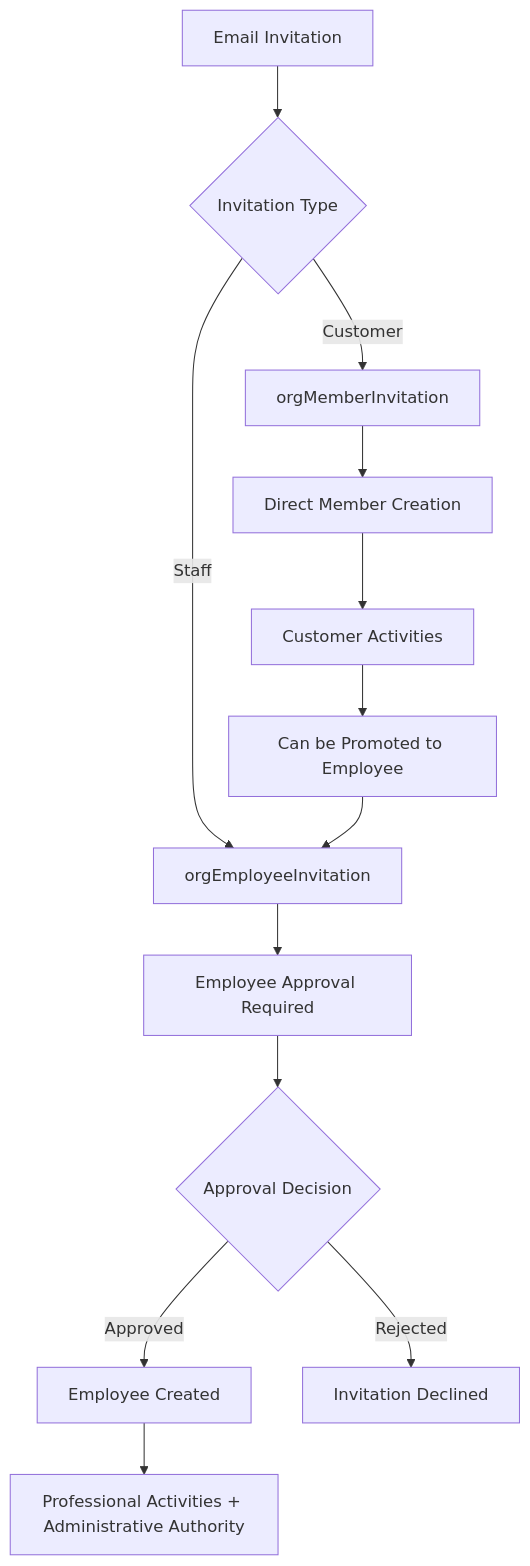
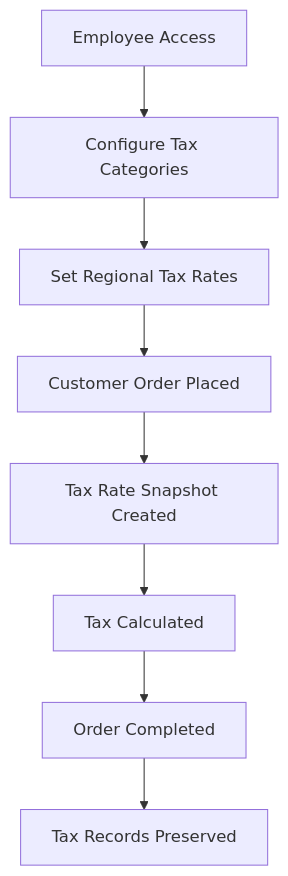
One commit to DreamEcho100/maze changed the fourth of 4 diagrams in apps/volmify-main-server/src/db/schema/README.md. Above: the diagram before and after it, drawn with Mermaid. The commit also changed other lines of this file and 17 other files, not shown here.

````diff
--- a/apps/volmify-main-server/src/db/schema/README.md
+++ b/apps/volmify-main-server/src/db/schema/README.md
@@ -506,15 +793,10 @@
 ```mermaid
 graph TD
-    A[Email Invitation] --> B{Invitation Type}
-    B -->|Customer| C[orgMemberInvitation]
-    B -->|Staff| D[orgEmployeeInvitation]
-    C --> E[Direct Member Creation]
-    E --> F[Customer Activities]
-    D --> G[Employee Approval Required]
-    G --> H{Approval Decision}
-    H -->|Approved| I[Employee Created]
-    H -->|Rejected| J[Invitation Declined]
-    I --> K[Professional Activities + Administrative Authority]
-    F --> L[Can be Promoted to Employee]
-    L --> D
+    A[Employee Access] --> B[Configure Tax Categories]
+    B --> C[Set Regional Tax Rates]
+    C --> D[Customer Order Placed]
+    D --> E[Tax Rate Snapshot Created]
+    E --> F[Tax Calculated]
+    F --> G[Order Completed]
+    G --> H[Tax Records Preserved]
 ```
````
